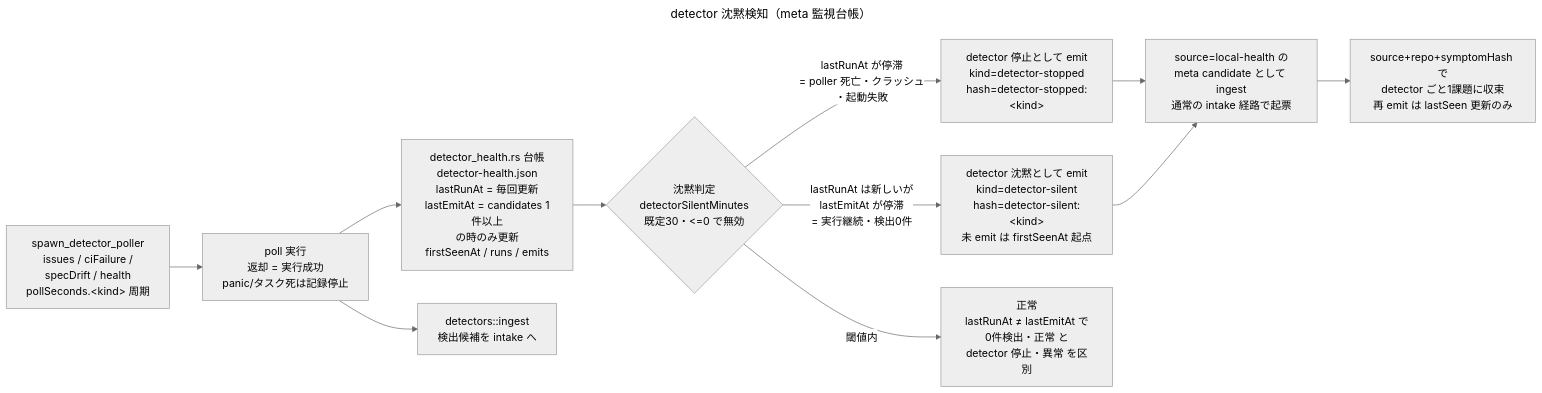
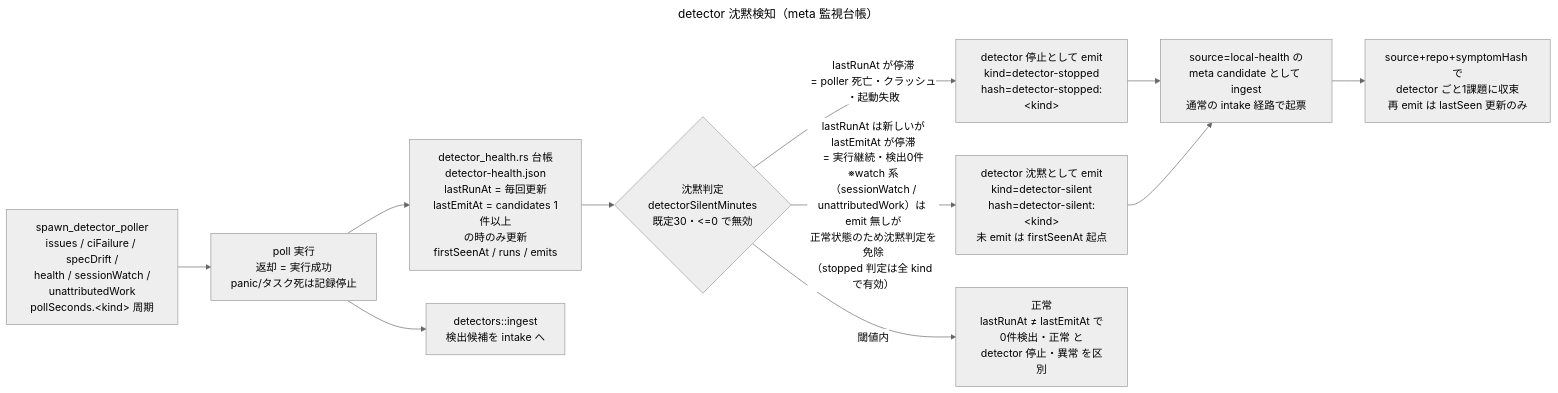
Before and after one commit to yamamoto-ryuzo/kasugai_agent: the diagram in diagrams/detector-health.mmd, drawn with Mermaid (neutral theme). The commit also changed 80 other files, not shown here.

```diff
--- a/diagrams/detector-health.mmd
+++ b/diagrams/detector-health.mmd
@@ -1,14 +1,14 @@
 ---
 title: detector 沈黙検知（meta 監視台帳）
 ---
 flowchart LR
-    POLL[spawn_detector_poller<br/>issues / ciFailure /<br/>specDrift / health<br/>pollSeconds.&lt;kind&gt; 周期] --> RUN[poll 実行<br/>返却 = 実行成功<br/>panic/タスク死は記録停止]
+    POLL[spawn_detector_poller<br/>issues / ciFailure / specDrift /<br/>health / sessionWatch /<br/>unattributedWork<br/>pollSeconds.&lt;kind&gt; 周期] --> RUN[poll 実行<br/>返却 = 実行成功<br/>panic/タスク死は記録停止]
     RUN --> LED[detector_health.rs 台帳<br/>detector-health.json<br/>lastRunAt = 毎回更新<br/>lastEmitAt = candidates 1件以上<br/>の時のみ更新<br/>firstSeenAt / runs / emits]
     RUN --> ING[detectors::ingest<br/>検出候補を intake へ]
     LED --> CHK{沈黙判定<br/>detectorSilentMinutes<br/>既定30・&lt;=0 で無効}
     CHK -->|lastRunAt が停滞<br/>= poller 死亡・クラッシュ<br/>・起動失敗| STOP[detector 停止として emit<br/>kind=detector-stopped<br/>hash=detector-stopped:&lt;kind&gt;]
-    CHK -->|lastRunAt は新しいが<br/>lastEmitAt が停滞<br/>= 実行継続・検出0件| SIL[detector 沈黙として emit<br/>kind=detector-silent<br/>hash=detector-silent:&lt;kind&gt;<br/>未 emit は firstSeenAt 起点]
+    CHK -->|lastRunAt は新しいが<br/>lastEmitAt が停滞<br/>= 実行継続・検出0件<br/>※watch 系（sessionWatch /<br/>unattributedWork）は emit 無しが<br/>正常状態のため沈黙判定を免除<br/>（stopped 判定は全 kind で有効）| SIL[detector 沈黙として emit<br/>kind=detector-silent<br/>hash=detector-silent:&lt;kind&gt;<br/>未 emit は firstSeenAt 起点]
     CHK -->|閾値内| OK[正常<br/>lastRunAt ≠ lastEmitAt で<br/>0件検出・正常 と<br/>detector 停止・異常 を区別]
     STOP --> META[source=local-health の<br/>meta candidate として ingest<br/>通常の intake 経路で起票]
     SIL --> META
     META --> DD[source+repo+symptomHash で<br/>detector ごと1課題に収束<br/>再 emit は lastSeen 更新のみ]
```
